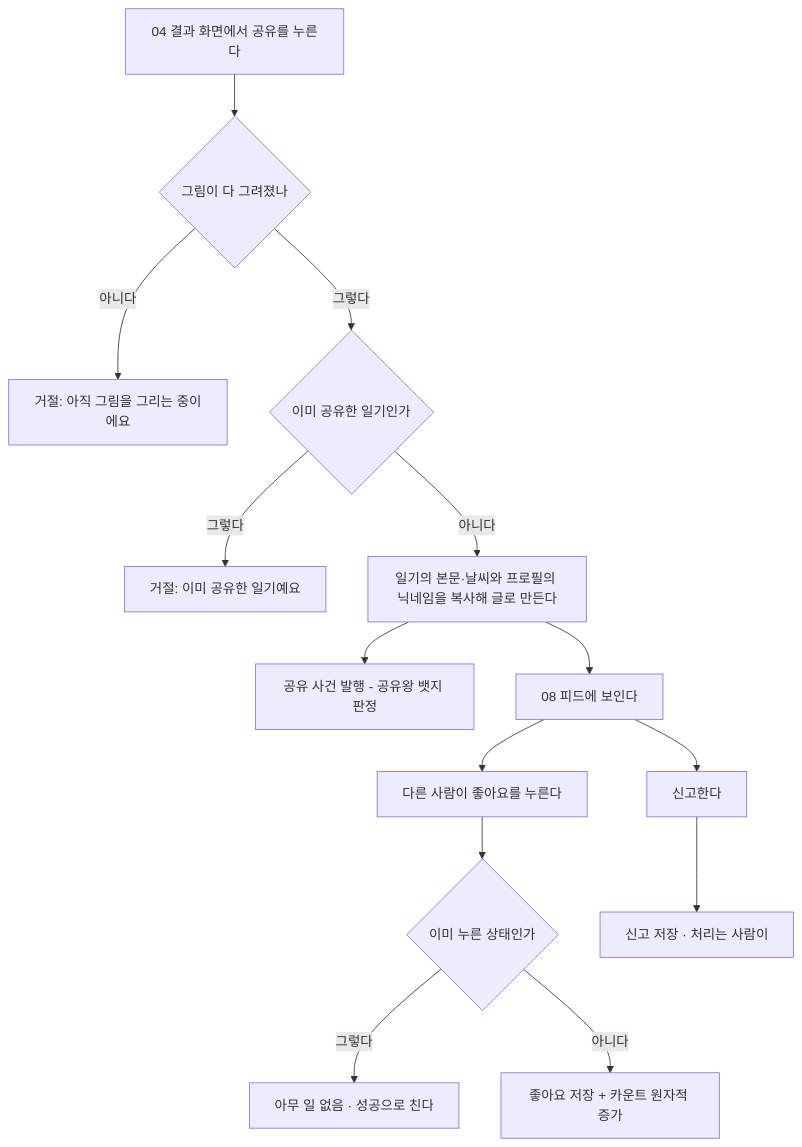
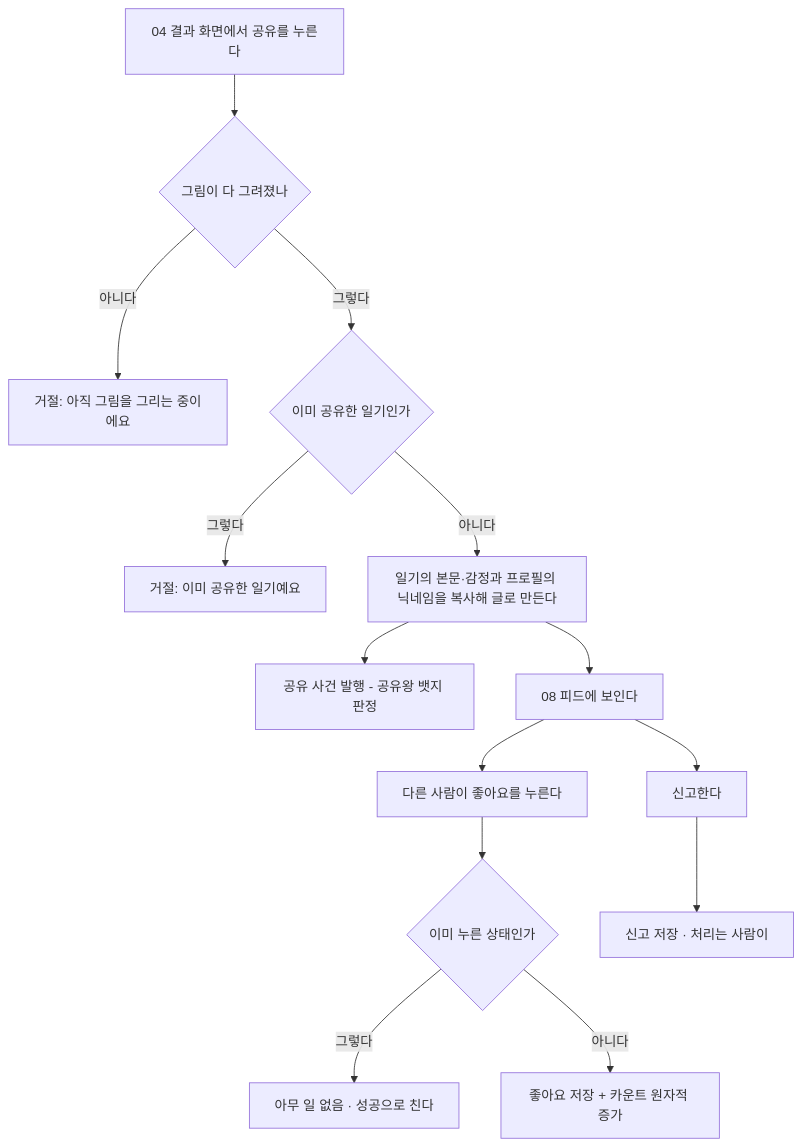
Before and after one commit to Minchae0322/ai-picture-diary: the first of 2 diagrams in docs/domain/community/피드공유-비즈니스로직.md, drawn with Mermaid. The commit also changed other lines of this file and 166 other files, not shown here.

````diff
--- a/docs/domain/community/피드공유-비즈니스로직.md
+++ b/docs/domain/community/피드공유-비즈니스로직.md
@@ -8,16 +8,16 @@
 ```mermaid
 flowchart TD
     A[04 결과 화면에서 공유를 누른다] --> B{그림이 다 그려졌나}
     B -- 아니다 --> B1[거절: 아직 그림을 그리는 중이에요]
     B -- 그렇다 --> C{이미 공유한 일기인가}
     C -- 그렇다 --> C1[거절: 이미 공유한 일기예요]
-    C -- 아니다 --> D[일기의 본문·날씨와 프로필의 닉네임을 복사해 글로 만든다]
+    C -- 아니다 --> D[일기의 본문·감정과 프로필의 닉네임을 복사해 글로 만든다]
     D --> E[공유 사건 발행 - 공유왕 뱃지 판정]
     D --> F[08 피드에 보인다]
     F --> G[다른 사람이 좋아요를 누른다]
     G --> H{이미 누른 상태인가}
     H -- 그렇다 --> H1[아무 일 없음 · 성공으로 친다]
     H -- 아니다 --> I[좋아요 저장 + 카운트 원자적 증가]
     F --> J[신고한다]
     J --> K[신고 저장 · 처리는 사람이]
 ```
````
